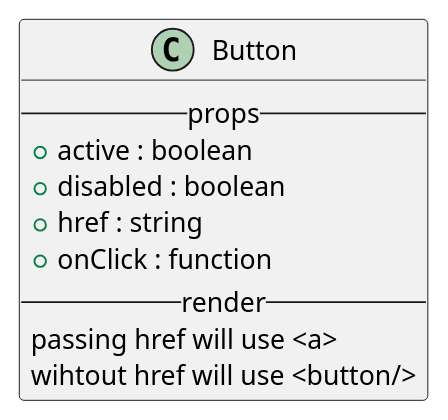
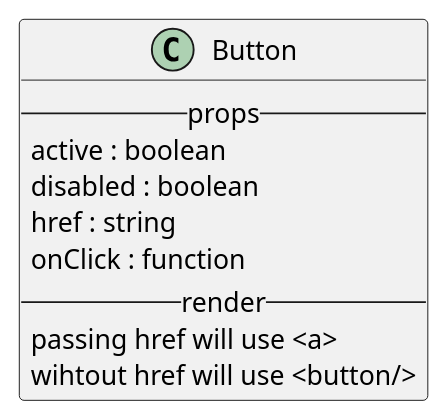
The diagram in react/bootstrap/button.iuml (M9k/Marvin-Uml), drawn with PlantUML before and after one commit. The commit also changed 10 other files, not shown here.

```diff
--- a/react/bootstrap/button.iuml
+++ b/react/bootstrap/button.iuml
@@ -1,11 +1,11 @@
 class Button{
   --props--
-      + active : boolean
-      + disabled : boolean
-      + href : string
-      + onClick : function
+       active : boolean
+       disabled : boolean
+       href : string
+       onClick : function
   --render--
       passing href will use <a>
       wihtout href will use <button/>
 }
 /'Questa è una prova 3'/
```
